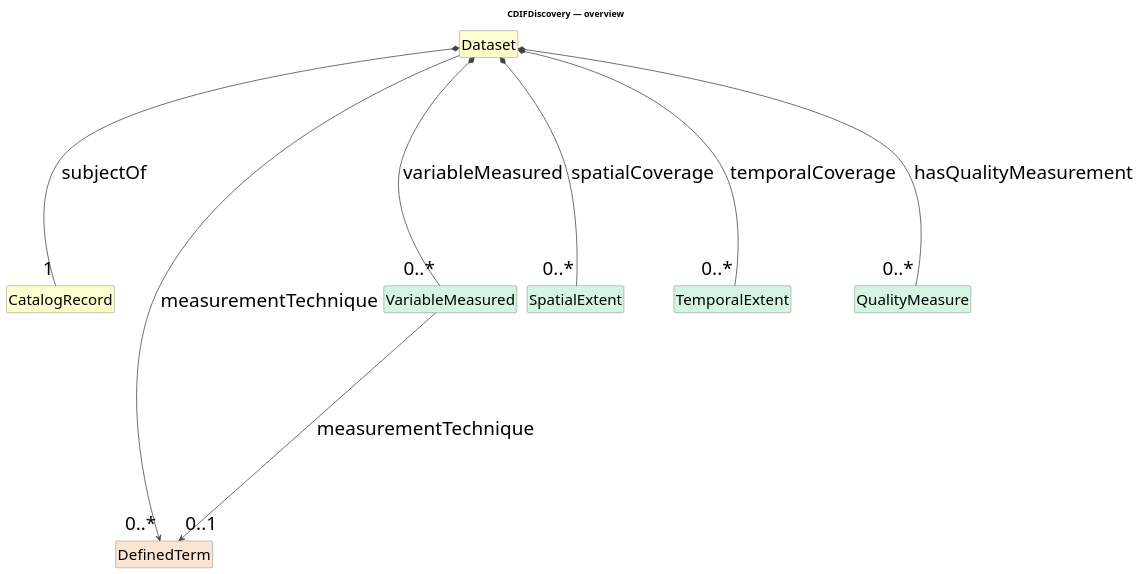
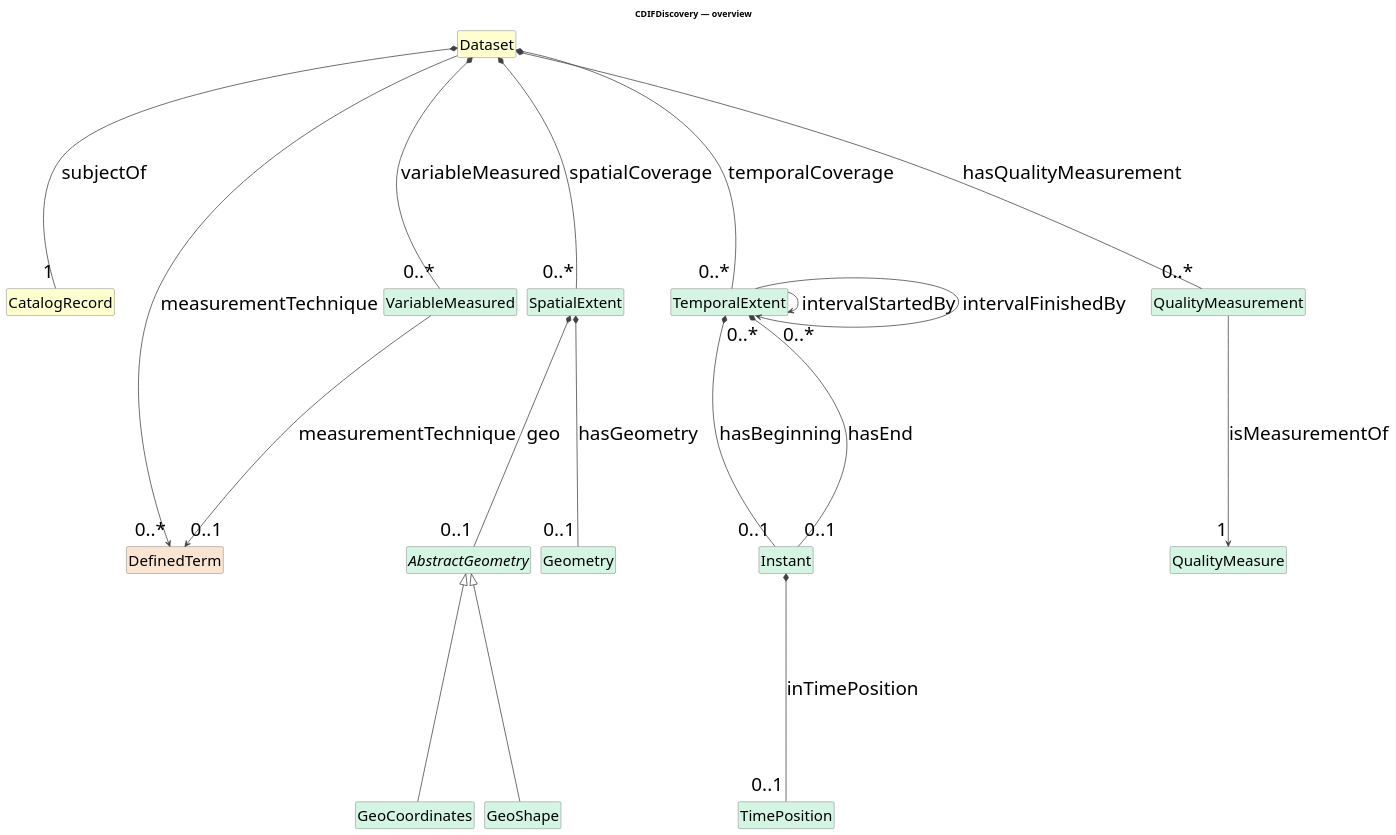
Before and after one commit to Cross-Domain-Interoperability-Framework/metadataBuildingBlocks: the diagram in cdif-uml-model/CDIFDiscovery/index.pu, drawn with PlantUML. The commit also changed 358 other files, not shown here.

```diff
--- a/cdif-uml-model/CDIFDiscovery/index.pu
+++ b/cdif-uml-model/CDIFDiscovery/index.pu
@@ -1,32 +1,49 @@
 @startuml
 title CDIFDiscovery — overview
 hide circle
 hide empty members
 skinparam shadowing false
 skinparam ArrowThickness 1.2
 skinparam ranksep 320
 skinparam nodesep 16
 skinparam defaultFontSize 30
 skinparam class {
   ArrowColor #404040
   BorderColor #404040
   FontSize 30
   AttributeFontSize 24
 }
 
 class "Dataset" as Dataset #FEFECE
 class "CatalogRecord" as CatalogRecord #FEFECE
 class "DefinedTerm" as DefinedTerm #FAE5D3
 class "VariableMeasured" as VariableMeasured #D5F5E3
 class "SpatialExtent" as SpatialExtent #D5F5E3
 class "TemporalExtent" as TemporalExtent #D5F5E3
 class "QualityMeasure" as QualityMeasure #D5F5E3
+class "QualityMeasurement" as QualityMeasurement #D5F5E3
+abstract class "AbstractGeometry" as AbstractGeometry #D5F5E3
+class "GeoCoordinates" as GeoCoordinates #D5F5E3
+class "GeoShape" as GeoShape #D5F5E3
+class "Geometry" as Geometry #D5F5E3
+class "Instant" as Instant #D5F5E3
+class "TimePosition" as TimePosition #D5F5E3
+AbstractGeometry <|-- GeoCoordinates
+AbstractGeometry <|-- GeoShape
 Dataset *-- "1" CatalogRecord : subjectOf
 Dataset --> "0..*" DefinedTerm : measurementTechnique
 Dataset *-- "0..*" VariableMeasured : variableMeasured
 Dataset *-- "0..*" SpatialExtent : spatialCoverage
 Dataset *-- "0..*" TemporalExtent : temporalCoverage
-Dataset *-- "0..*" QualityMeasure : hasQualityMeasurement
+Dataset *-- "0..*" QualityMeasurement : hasQualityMeasurement
 VariableMeasured --> "0..1" DefinedTerm : measurementTechnique
+SpatialExtent *-- "0..1" AbstractGeometry : geo
+SpatialExtent *-- "0..1" Geometry : hasGeometry
+TemporalExtent *-- "0..1" Instant : hasBeginning
+TemporalExtent *-- "0..1" Instant : hasEnd
+TemporalExtent --> "0..*" TemporalExtent : intervalStartedBy
+TemporalExtent --> "0..*" TemporalExtent : intervalFinishedBy
+QualityMeasurement --> "1" QualityMeasure : isMeasurementOf
+Instant *-- "0..1" TimePosition : inTimePosition
 
 @enduml
```
